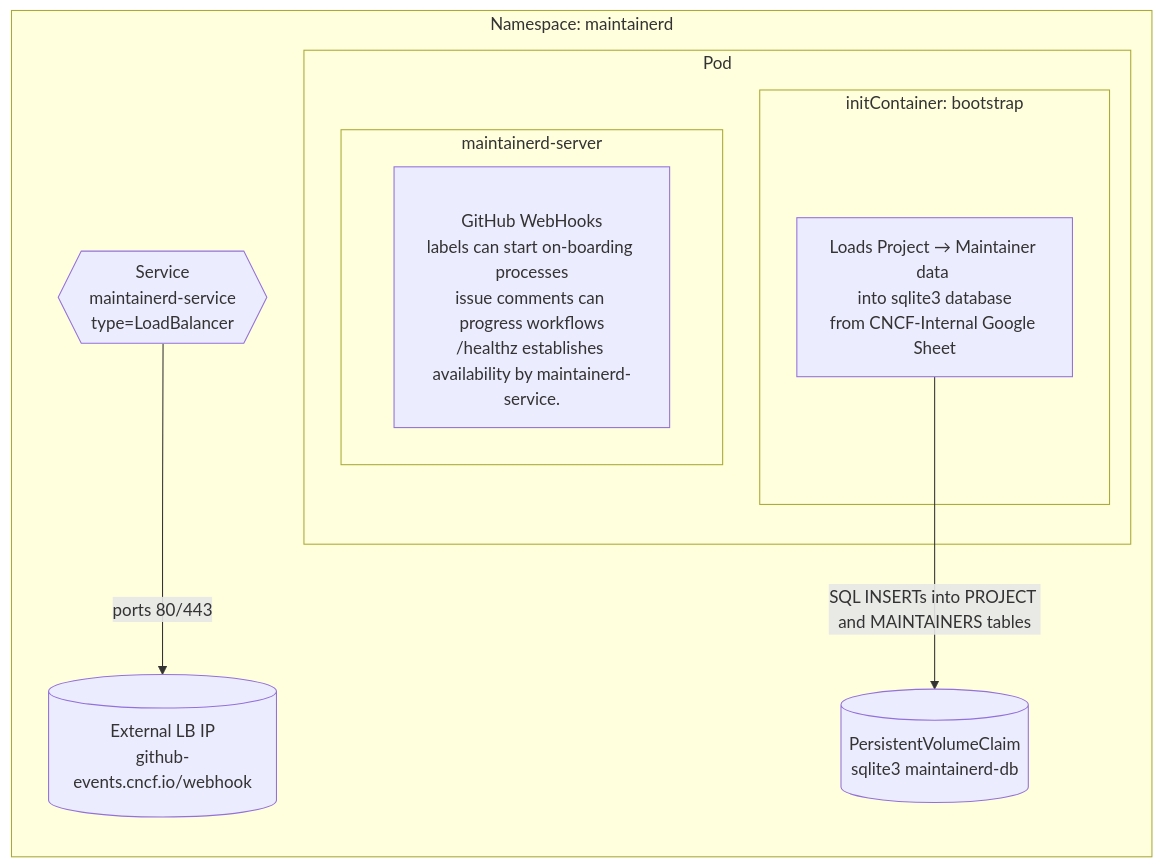
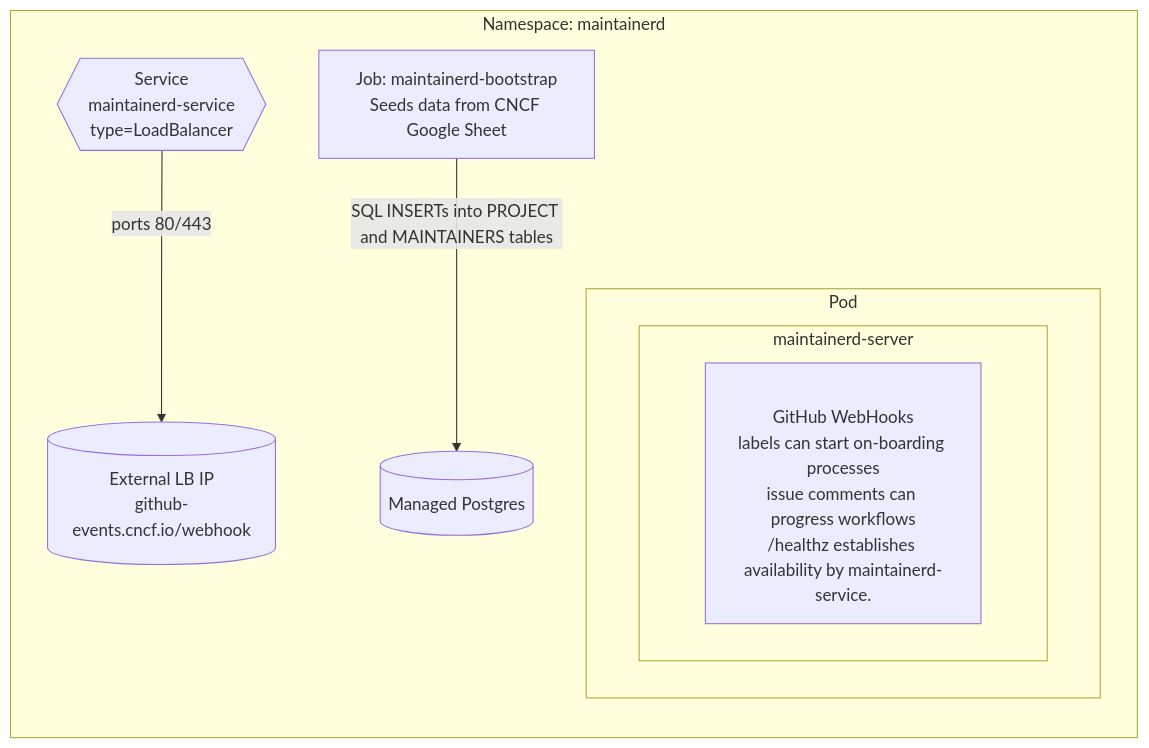
The first of 2 diagrams in deploy/README.MD (julioc-p/maintainer-d), drawn with Mermaid before and after one commit. The commit also changed other lines of this file and 34 other files, not shown here.

````diff
--- a/deploy/README.MD
+++ b/deploy/README.MD
@@ -6,19 +6,17 @@
 ```mermaid
 graph RL
     subgraph maintainerd["Namespace: maintainerd"]
         subgraph pod["Pod"]
-            subgraph initContainerBootstrap["initContainer: bootstrap"]
-                bootstrap["Loads Project → Maintainer data <br>into sqlite3 database<br>from CNCF-Internal Google Sheet"]
-            end
             subgraph maintainerdServer["maintainerd-server"]
                 server["<br>GitHub WebHooks<br>labels can start on-boarding processes<br>issue comments can progress workflows<br>/healthz establishes availability by maintainerd-service."]
             end
         end
 
-        pvc[(PersistentVolumeClaim<br/>sqlite3 maintainerd-db)]
+        job["Job: maintainerd-bootstrap<br/>Seeds data from CNCF Google Sheet"]
+        pg[(Managed Postgres)]
         svc{{Service<br/>maintainerd-service<br/>type=LoadBalancer}}
         svc -->|"ports 80/443"| ext[(External LB IP<br/>github-events.cncf.io/webhook)]
     end
 
-    bootstrap -->|"SQL INSERTs into PROJECT and MAINTAINERS tables"| pvc
+    job -->|"SQL INSERTs into PROJECT and MAINTAINERS tables"| pg
 ```
````
